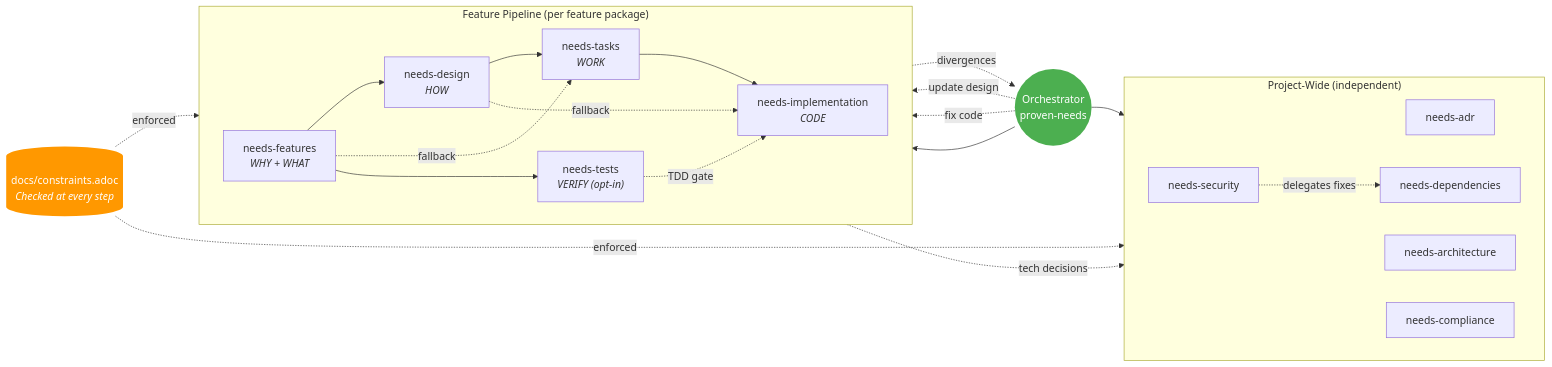
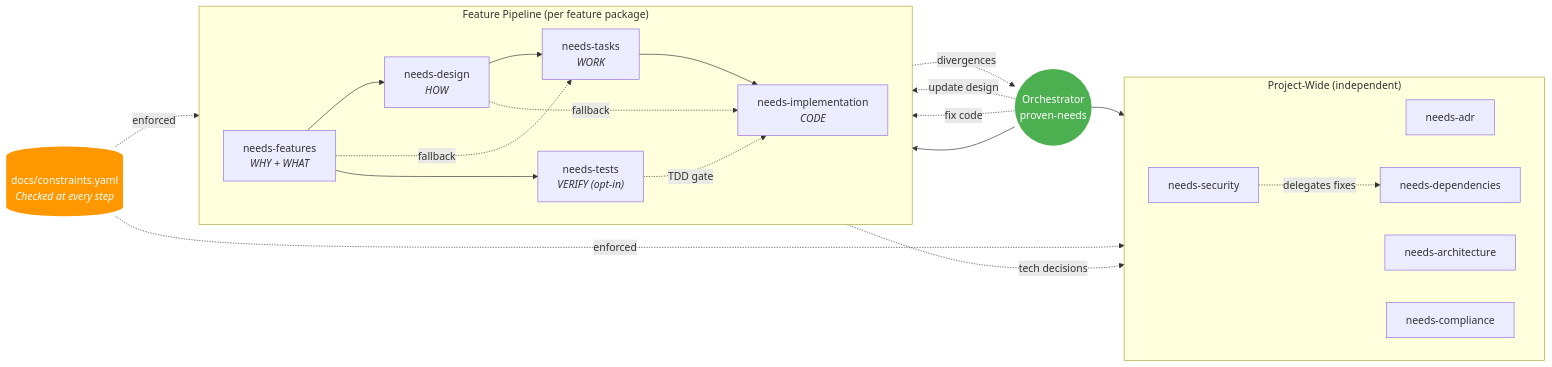
The second of 5 diagrams in README.md (provenimpact/proven-capability), drawn with Mermaid before and after one commit. The commit also changed other lines of this file and 30 other files, not shown here.

First line of the commit message:
feat: migrate constraints and ADRs to schema-validated YAML format

````diff
--- a/README.md
+++ b/README.md
@@ -54,43 +54,43 @@
 ```mermaid
 flowchart LR
     subgraph feature ["Feature Pipeline (per feature package)"]
         direction LR
         FEATURES["needs-features<br/><i>WHY + WHAT</i>"]
         DESIGN["needs-design<br/><i>HOW</i>"]
         TASKS["needs-tasks<br/><i>WORK</i>"]
         TESTS["needs-tests<br/><i>VERIFY (opt-in)</i>"]
         IMPL["needs-implementation<br/><i>CODE</i>"]
 
         FEATURES --> DESIGN
         DESIGN --> TASKS
         FEATURES -.->|fallback| TASKS
         TASKS --> IMPL
         FEATURES --> TESTS
         TESTS -.->|TDD gate| IMPL
         DESIGN -.->|fallback| IMPL
     end
 
     subgraph project ["Project-Wide (independent)"]
         direction LR
         ADR["needs-adr"]
         ARCH["needs-architecture"]
         DEPS["needs-dependencies"]
         SEC["needs-security"]
         COMP["needs-compliance"]
     end
 
     INTENT((Orchestrator<br/>proven-needs)) --> feature
     INTENT --> project
 
     DESIGN -.->|tech decisions| ADR
     SEC -.->|delegates fixes| DEPS
     IMPL -.->|divergences| INTENT
     INTENT -.->|update design| DESIGN
     INTENT -.->|fix code| IMPL
 
-    CONSTRAINTS[("docs/constraints.adoc<br/><i>Checked at every step</i>")] -.->|enforced| feature
+    CONSTRAINTS[("docs/constraints.yaml<br/><i>Checked at every step</i>")] -.->|enforced| feature
     CONSTRAINTS -.->|enforced| project
 
     style INTENT fill:#4CAF50,color:#fff,stroke:none
     style CONSTRAINTS fill:#FF9800,color:#fff,stroke:none
 ```
````
